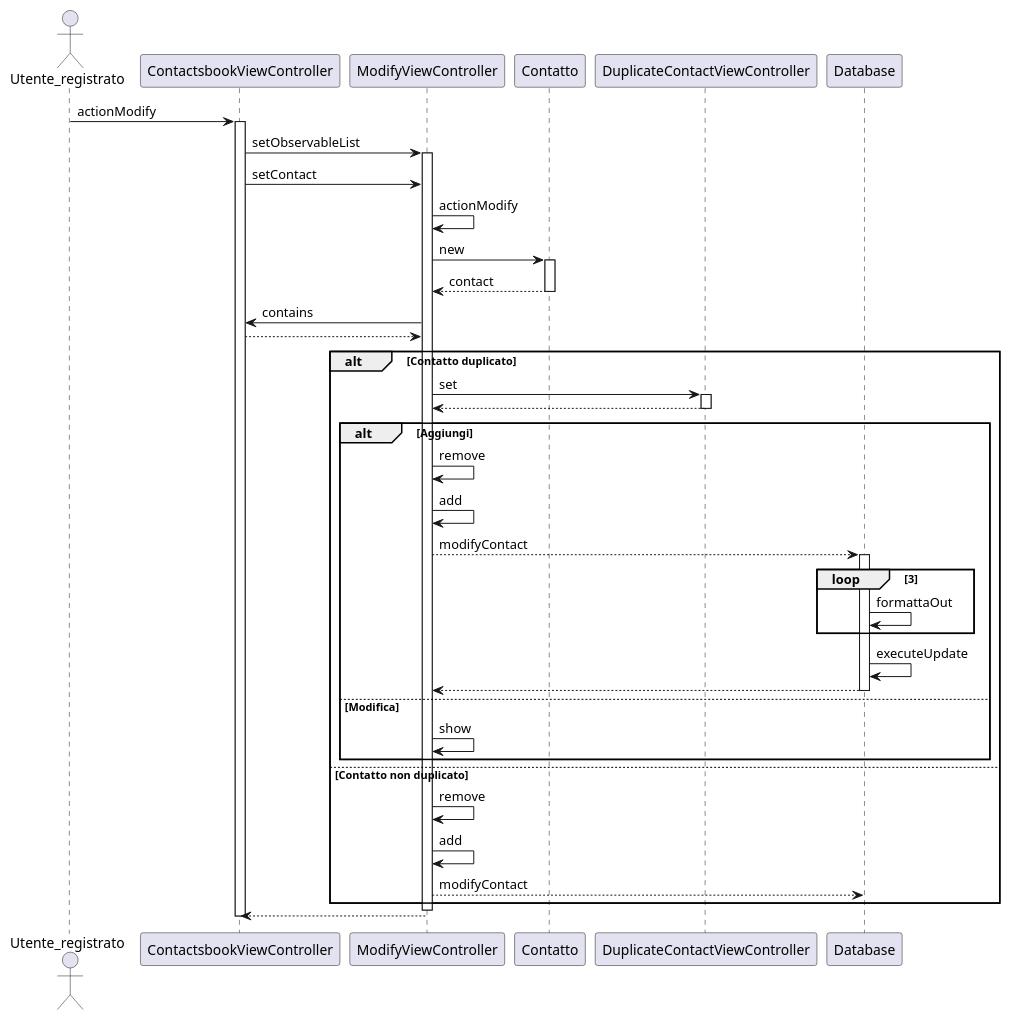
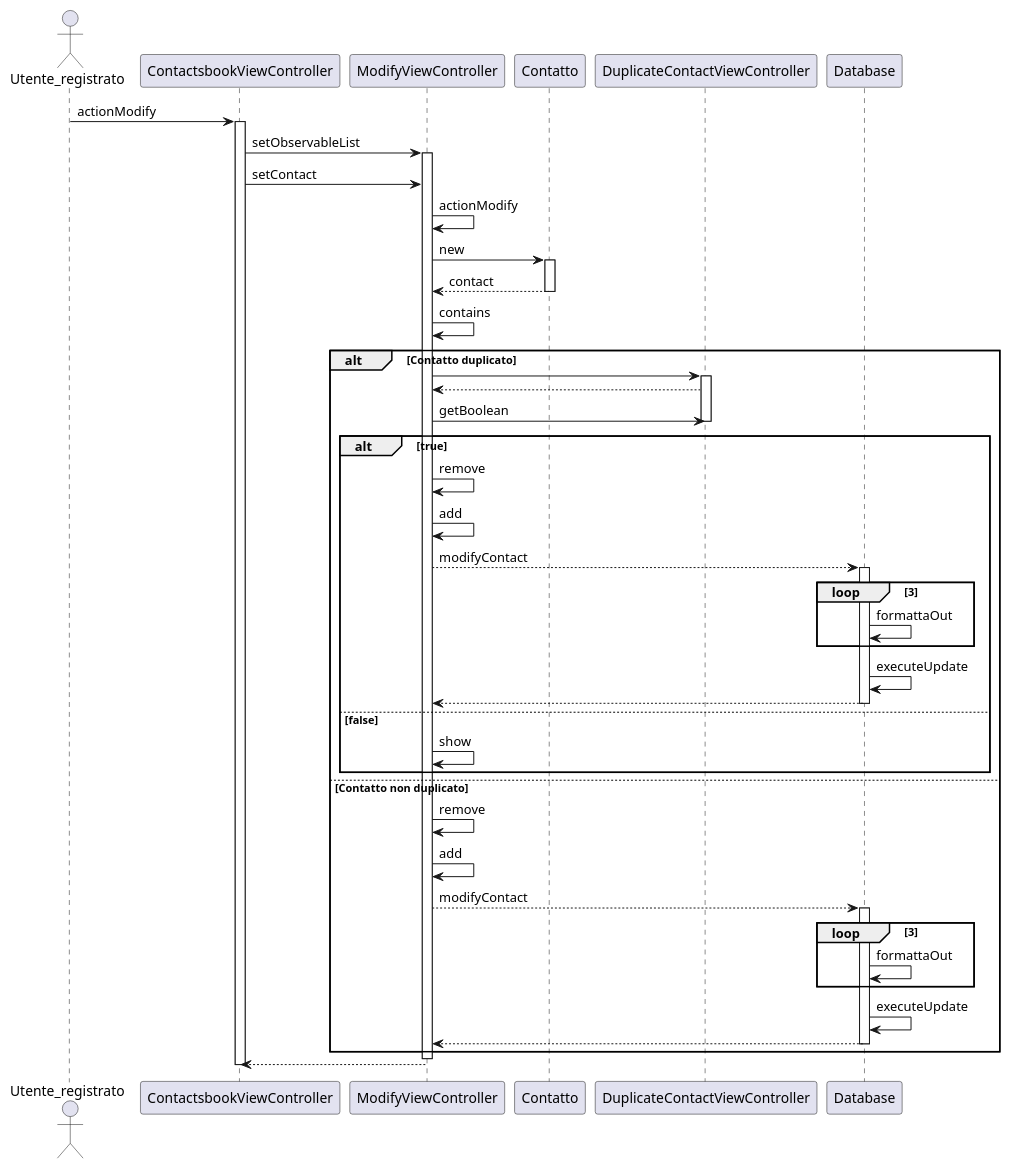
One commit to CupoMeridio/Ingegneria-del-software-2024-2025 changed the diagram in src/main/resources/SequenceDiagrams/SequenceDiagram_actionModify.puml. Above: the diagram before and after it, drawn with PlantUML. The commit also changed 7 other files, not shown here.

```diff
--- a/src/main/resources/SequenceDiagrams/SequenceDiagram_actionModify.puml
+++ b/src/main/resources/SequenceDiagrams/SequenceDiagram_actionModify.puml
@@ -1,51 +1,58 @@
 @startuml
 actor Utente_registrato
 participant ContactsbookViewController
 participant ModifyViewController
 participant "Contatto" as Contact
 participant DuplicateContactViewController
 participant Database
 
 
 Utente_registrato -> ContactsbookViewController: actionModify
 activate ContactsbookViewController
 ContactsbookViewController->ModifyViewController: setObservableList
 activate ModifyViewController
 ContactsbookViewController->ModifyViewController: setContact
 ModifyViewController -> ModifyViewController: actionModify
 ModifyViewController->Contact: new
 activate Contact
 Contact-->ModifyViewController: contact
 deactivate Contact
-ModifyViewController->ContactsbookViewController: contains
-ContactsbookViewController-->ModifyViewController
+ModifyViewController->ModifyViewController: contains
 alt Contatto duplicato
-    ModifyViewController -> DuplicateContactViewController: set
+    ModifyViewController -> DuplicateContactViewController
     activate DuplicateContactViewController
     DuplicateContactViewController-->ModifyViewController
+    ModifyViewController->DuplicateContactViewController: getBoolean
     deactivate DuplicateContactViewController 
-        alt Aggiungi
+        alt true
             ModifyViewController->ModifyViewController:remove
             ModifyViewController->ModifyViewController:add
             ModifyViewController-->Database: modifyContact
             activate Database
             loop 3
              Database -> Database: formattaOut
             end 
             Database -> Database: executeUpdate
             Database --> ModifyViewController
             deactivate Database
-        else Modifica
+        else false
             ModifyViewController->ModifyViewController:show
         end
 else Contatto non duplicato
 ModifyViewController->ModifyViewController: remove
 ModifyViewController->ModifyViewController: add
 ModifyViewController-->Database: modifyContact
+activate Database
+            loop 3
+             Database -> Database: formattaOut
+            end 
+            Database -> Database: executeUpdate
+            Database --> ModifyViewController
+            deactivate Database
 end
 activate Database
 deactivate ModifyViewController
 deactivate Database
 ModifyViewController-->ContactsbookViewController
 deactivate ContactsbookViewController
 @enduml 
```
